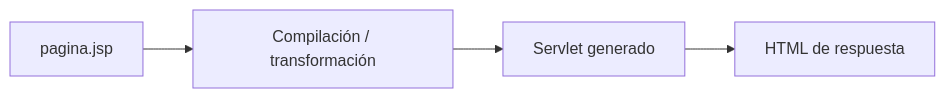
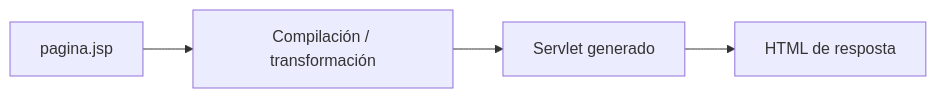
Before and after one commit to jordicido/jordicina: the third of 8 diagrams in docs/daw-daw/up3/05-componentes-web.md, drawn with Mermaid. The commit also changed other lines of this file and 10 other files, not shown here.

````diff
--- a/docs/daw-daw/up3/05-componentes-web.md
+++ b/docs/daw-daw/up3/05-componentes-web.md
@@ -235,6 +235,6 @@
 ```mermaid
 flowchart LR
     JSP["pagina.jsp"] --> C["Compilación / transformación"]
     C --> S["Servlet generado"]
-    S --> R["HTML de respuesta"]
+    S --> R["HTML de resposta"]
 ```
````
